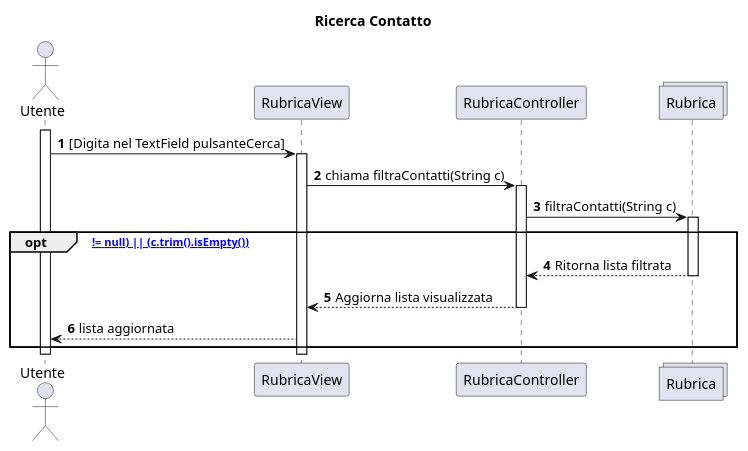
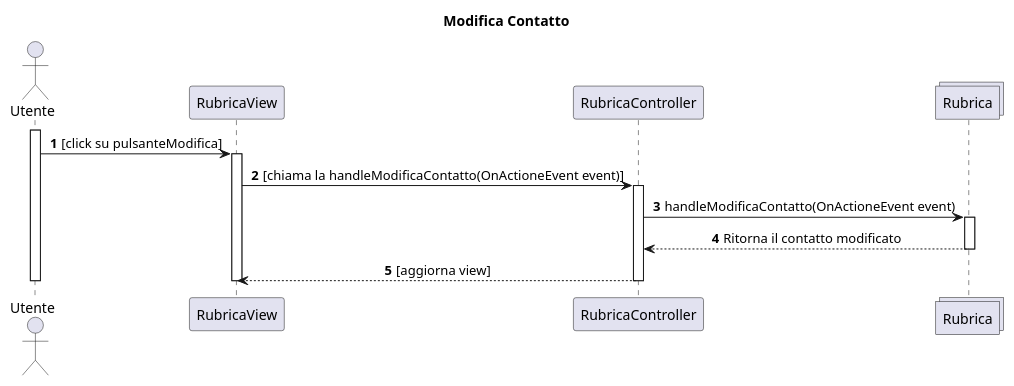
One commit to emanueletocci/uni-swe-project changed the diagram in docs/bozze/Diagrammi/Sequenza2/ScenarioRicercaContatto.puml. Above: the diagram before and after it, drawn with PlantUML.

```diff
--- a/docs/bozze/Diagrammi/Sequenza2/ScenarioRicercaContatto.puml
+++ b/docs/bozze/Diagrammi/Sequenza2/ScenarioRicercaContatto.puml
@@ -1,26 +1,23 @@
 @startuml
-title Ricerca Contatto
+title Modifica Contatto
 autonumber
 actor Utente
 participant RubricaView
 participant RubricaController
 collections Rubrica
 activate Utente
-Utente -> RubricaView: [Digita nel TextField pulsanteCerca]
+skinparam sequenceMessageAlign center
+Utente->RubricaView: [click su pulsanteModifica]
 activate RubricaView
-RubricaView -> RubricaController: chiama filtraContatti(String c)
+RubricaView->RubricaController:[chiama la handleModificaContatto(OnActioneEvent event)]
 activate RubricaController
-RubricaController -> Rubrica: filtraContatti(String c)
+RubricaController -> Rubrica:handleModificaContatto(OnActioneEvent event)
 activate Rubrica
-
-
-opt [(c != null) || (c.trim().isEmpty())]
-Rubrica --> RubricaController: Ritorna lista filtrata
+Rubrica --> RubricaController: Ritorna il contatto modificato
 deactivate Rubrica
-RubricaController --> RubricaView: Aggiorna lista visualizzata
+RubricaController -->RubricaView:[aggiorna view]
 deactivate RubricaController
-RubricaView --> Utente: lista aggiornata
-end
 deactivate RubricaView
 deactivate Utente
+
 @enduml
```
